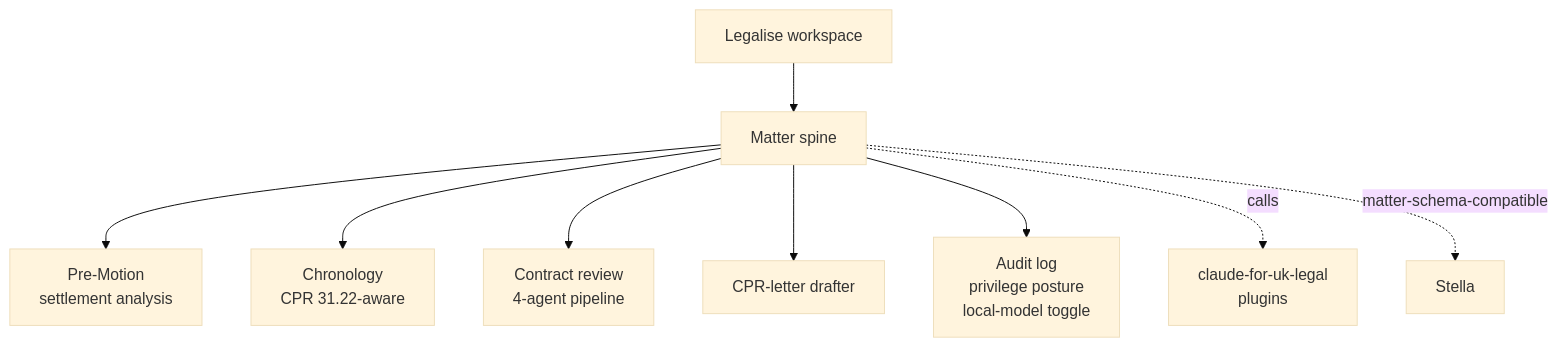
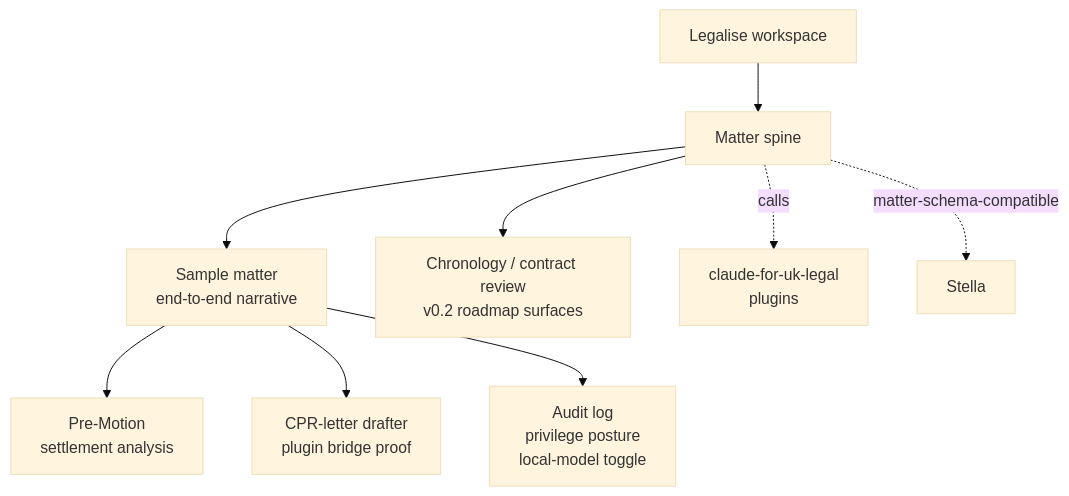
One commit to b1rdmania/legalise changed the first of 2 diagrams in README.md. Above: the diagram before and after it, drawn with Mermaid (base theme). The commit also changed other lines of this file and 4 other files, not shown here.

````diff
--- a/README.md
+++ b/README.md
@@ -9,12 +9,12 @@
 ```mermaid
 graph TD
     A[Legalise workspace] --> B[Matter spine]
-    B --> C[Pre-Motion<br/>settlement analysis]
-    B --> D[Chronology<br/>CPR 31.22-aware]
-    B --> E[Contract review<br/>4-agent pipeline]
-    B --> F[CPR-letter drafter]
-    B --> G[Audit log<br/>privilege posture<br/>local-model toggle]
+    B --> C[Sample matter<br/>end-to-end narrative]
+    C --> D[Pre-Motion<br/>settlement analysis]
+    C --> E[CPR-letter drafter<br/>plugin bridge proof]
+    C --> F[Audit log<br/>privilege posture<br/>local-model toggle]
+    B --> G[Chronology / contract review<br/>v0.2 roadmap surfaces]
 
     B -.calls.-> H[claude-for-uk-legal<br/>plugins]
     B -.matter-schema-compatible.-> I[Stella]
 ```
````
